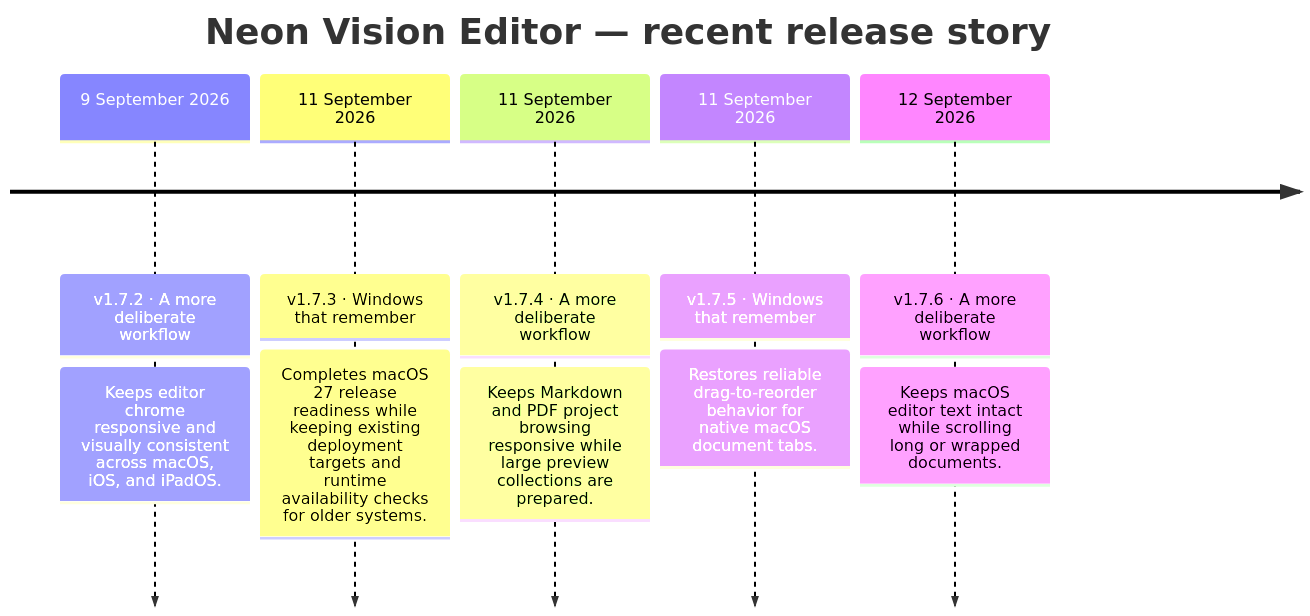
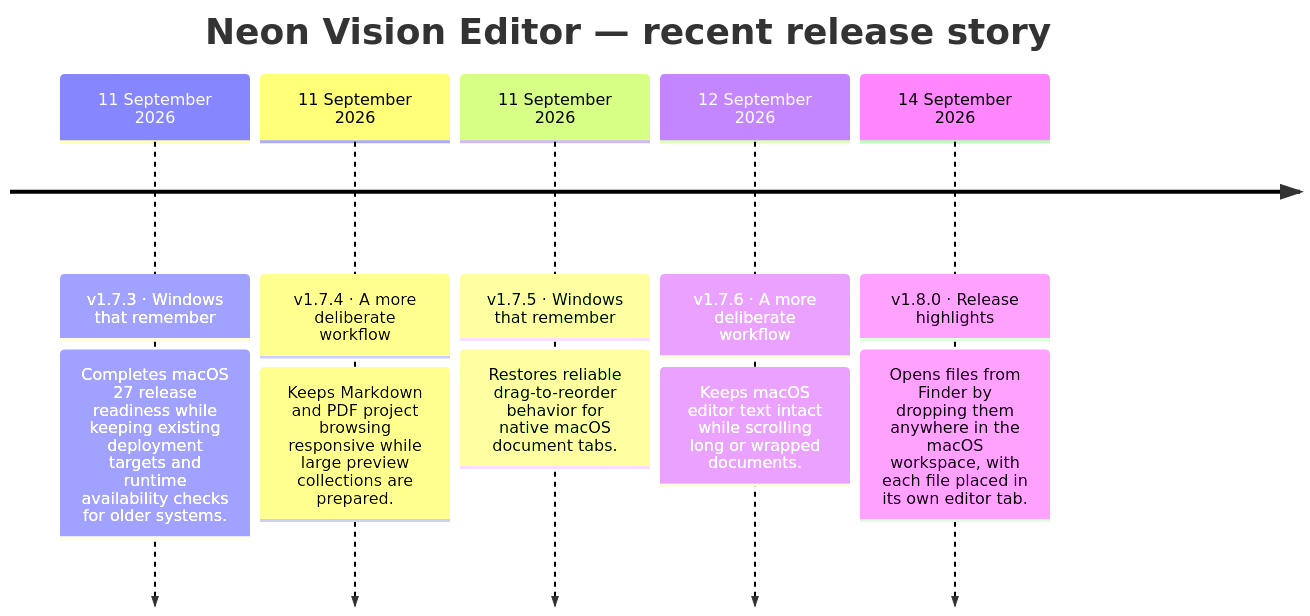
The diagram in README.md (h3pdesign/Neon-Vision-Editor), drawn with Mermaid before and after one commit. The commit also changed other lines of this file and 9 other files, not shown here.

````diff
--- a/README.md
+++ b/README.md
@@ -748,14 +740,14 @@
 ```mermaid
 timeline
     title Neon Vision Editor — recent release story
-    9 September 2026 : v1.7.2 · A more deliberate workflow
-                : Keeps editor chrome responsive and visually consistent across macOS, iOS, and iPadOS.
     11 September 2026 : v1.7.3 · Windows that remember
                 : Completes macOS 27 release readiness while keeping existing deployment targets and runtime availability checks for older systems.
     11 September 2026 : v1.7.4 · A more deliberate workflow
                 : Keeps Markdown and PDF project browsing responsive while large preview collections are prepared.
     11 September 2026 : v1.7.5 · Windows that remember
                 : Restores reliable drag-to-reorder behavior for native macOS document tabs.
     12 September 2026 : v1.7.6 · A more deliberate workflow
                 : Keeps macOS editor text intact while scrolling long or wrapped documents.
+    14 September 2026 : v1.8.0 · Release highlights
+                : Opens files from Finder by dropping them anywhere in the macOS workspace, with each file placed in its own editor tab.
 ```
````
